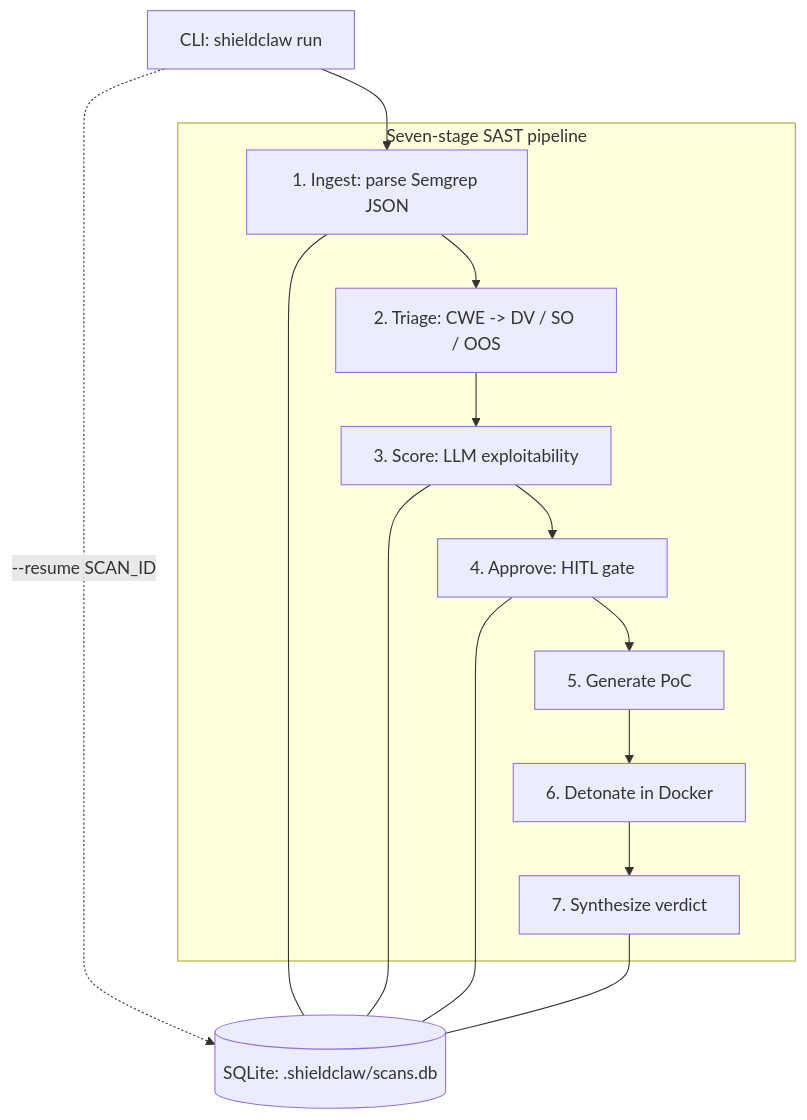
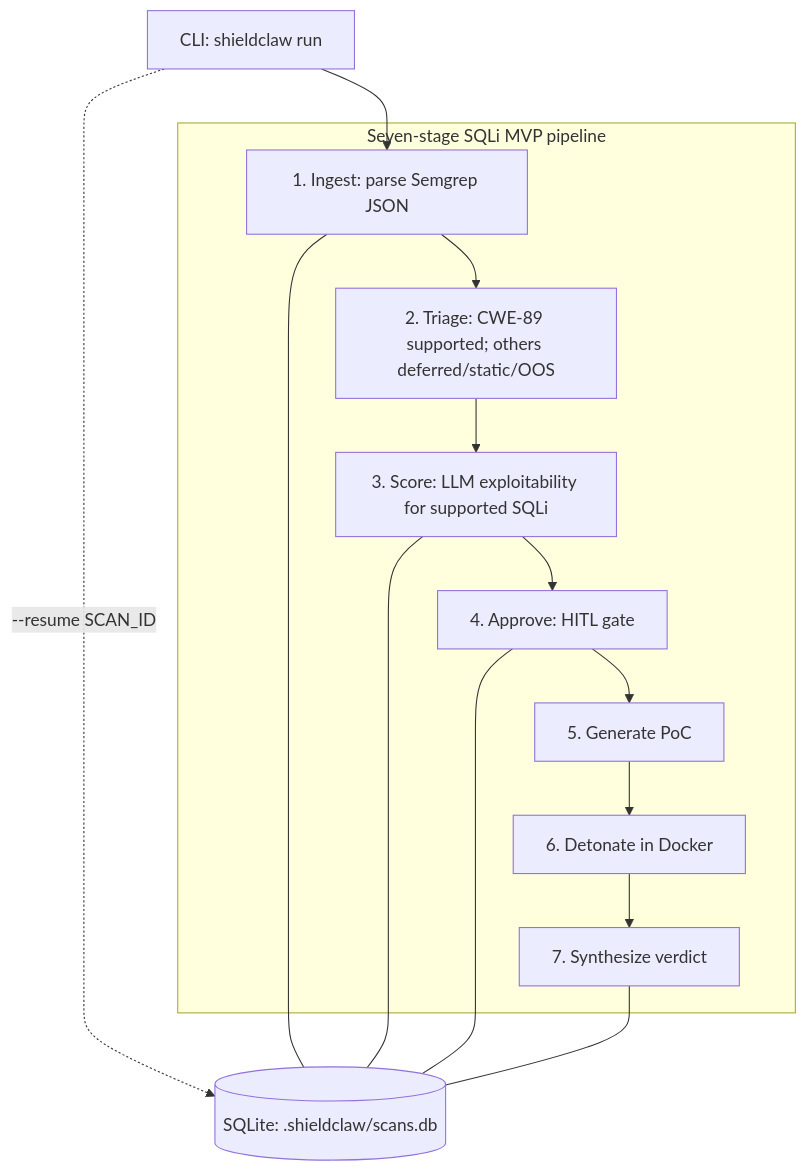
The diagram in README.md (blondres04/shieldclaw), drawn with Mermaid before and after one commit. The commit also changed other lines of this file and 7 other files, not shown here.

````diff
--- a/README.md
+++ b/README.md
@@ -33,20 +39,20 @@
 ```mermaid
 flowchart TD
     CLI["CLI: shieldclaw run"] --> Ingest
     CLI -.->|"--resume SCAN_ID"| DB[("SQLite: .shieldclaw/scans.db")]
 
-    subgraph pipeline["Seven-stage SAST pipeline"]
+    subgraph pipeline["Seven-stage SQLi MVP pipeline"]
         Ingest["1. Ingest: parse Semgrep JSON"]
-        Ingest --> Triage["2. Triage: CWE -> DV / SO / OOS"]
-        Triage --> Score["3. Score: LLM exploitability"]
+        Ingest --> Triage["2. Triage: CWE-89 supported; others deferred/static/OOS"]
+        Triage --> Score["3. Score: LLM exploitability for supported SQLi"]
         Score --> Approve["4. Approve: HITL gate"]
         Approve --> PoC["5. Generate PoC"]
         PoC --> Detonate["6. Detonate in Docker"]
         Detonate --> Verdict["7. Synthesize verdict"]
     end
 
     Ingest --- DB
     Score --- DB
     Approve --- DB
     Verdict --- DB
 ```
````
